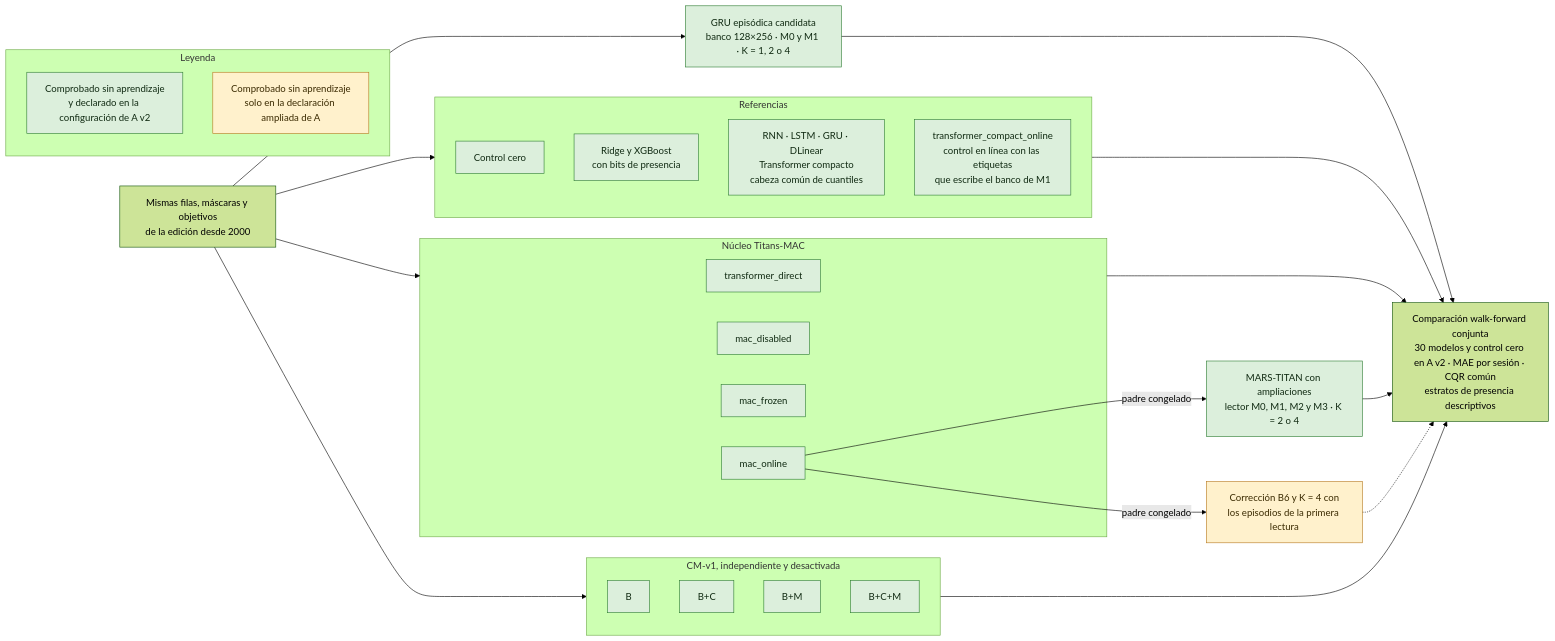
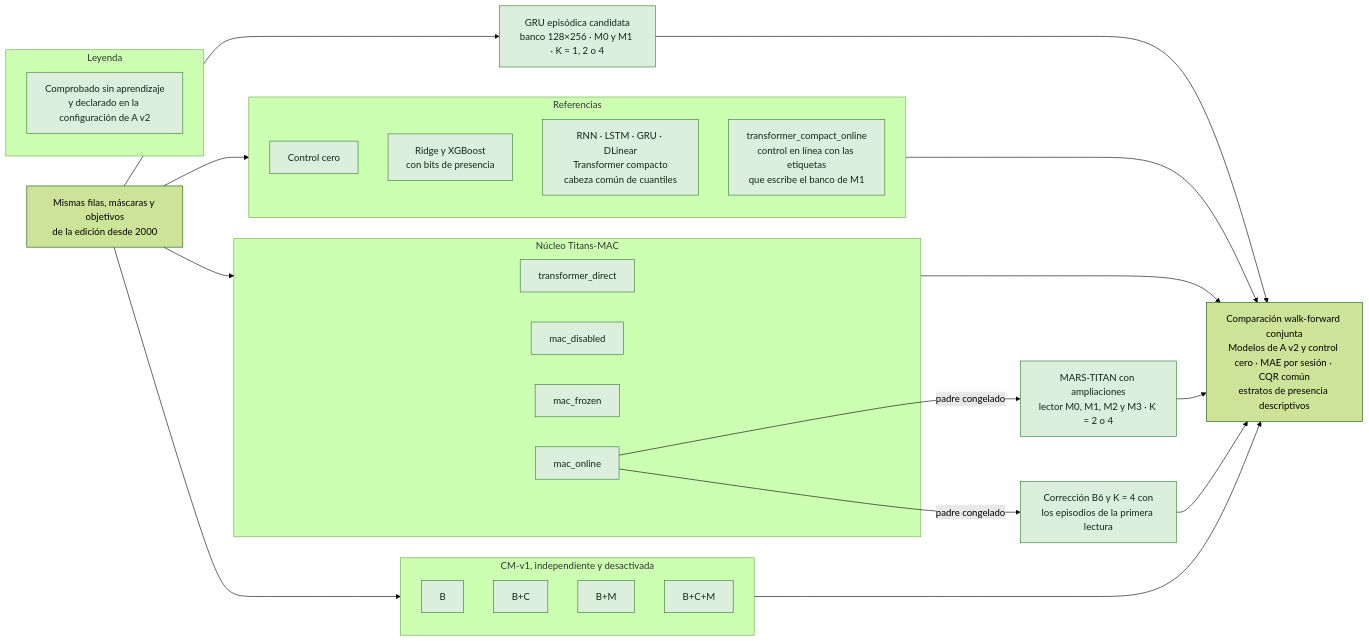
The second of 3 diagrams in README.md (GonxKZ/mars-titan), drawn with Mermaid (forest theme) before and after one commit. The commit also changed other lines of this file and 5 other files, not shown here.

````diff
--- a/README.md
+++ b/README.md
@@ -87,53 +89,51 @@
 ```mermaid
 flowchart LR
     D["Mismas filas, máscaras y objetivos<br/>de la edición desde 2000"]
 
     subgraph REF["Referencias"]
         Z["Control cero"]:::comprobado
         TAB["Ridge y XGBoost<br/>con bits de presencia"]:::comprobado
         NEU["RNN · LSTM · GRU · DLinear<br/>Transformer compacto<br/>cabeza común de cuantiles"]:::comprobado
         ON["transformer_compact_online<br/>control en línea con las etiquetas<br/>que escribe el banco de M1"]:::comprobado
     end
 
     G["GRU episódica candidata<br/>banco 128×256 · M0 y M1 · K = 1, 2 o 4"]:::comprobado
 
     subgraph TIT["Núcleo Titans-MAC"]
         T1["transformer_direct"]:::comprobado
         T2["mac_disabled"]:::comprobado
         T3["mac_frozen"]:::comprobado
         T4["mac_online"]:::comprobado
     end
 
     M["MARS-TITAN con ampliaciones<br/>lector M0, M1, M2 y M3 · K = 2 o 4"]:::comprobado
-    B6["Corrección B6 y K = 4 con<br/>los episodios de la primera lectura"]:::parcial
+    B6["Corrección B6 y K = 4 con<br/>los episodios de la primera lectura"]:::comprobado
 
     subgraph CM["CM-v1, independiente y desactivada"]
         C1["B"]:::comprobado
         C2["B+C"]:::comprobado
         C3["B+M"]:::comprobado
         C4["B+C+M"]:::comprobado
     end
 
-    EV["Comparación walk-forward conjunta<br/>30 modelos y control cero en A v2 · MAE por sesión · CQR común<br/>estratos de presencia descriptivos"]
+    EV["Comparación walk-forward conjunta<br/>Modelos de A v2 y control cero · MAE por sesión · CQR común<br/>estratos de presencia descriptivos"]
 
     D --> REF
     D --> G
     D --> TIT
     D --> CM
     T4 -- padre congelado --> M
     T4 -- padre congelado --> B6
     REF --> EV
     G --> EV
     TIT --> EV
     M --> EV
-    B6 -.-> EV
+    B6 --> EV
     CM --> EV
 
     subgraph LEY["Leyenda"]
         L1["Comprobado sin aprendizaje<br/>y declarado en la configuración de A v2"]:::comprobado
-        L2["Comprobado sin aprendizaje<br/>solo en la declaración ampliada de A"]:::parcial
     end
 
     classDef comprobado fill:#dcefdc,stroke:#2e7d32,color:#102a12
-    classDef parcial fill:#fff1cc,stroke:#b7791f,color:#3a2a00
 ```
````
